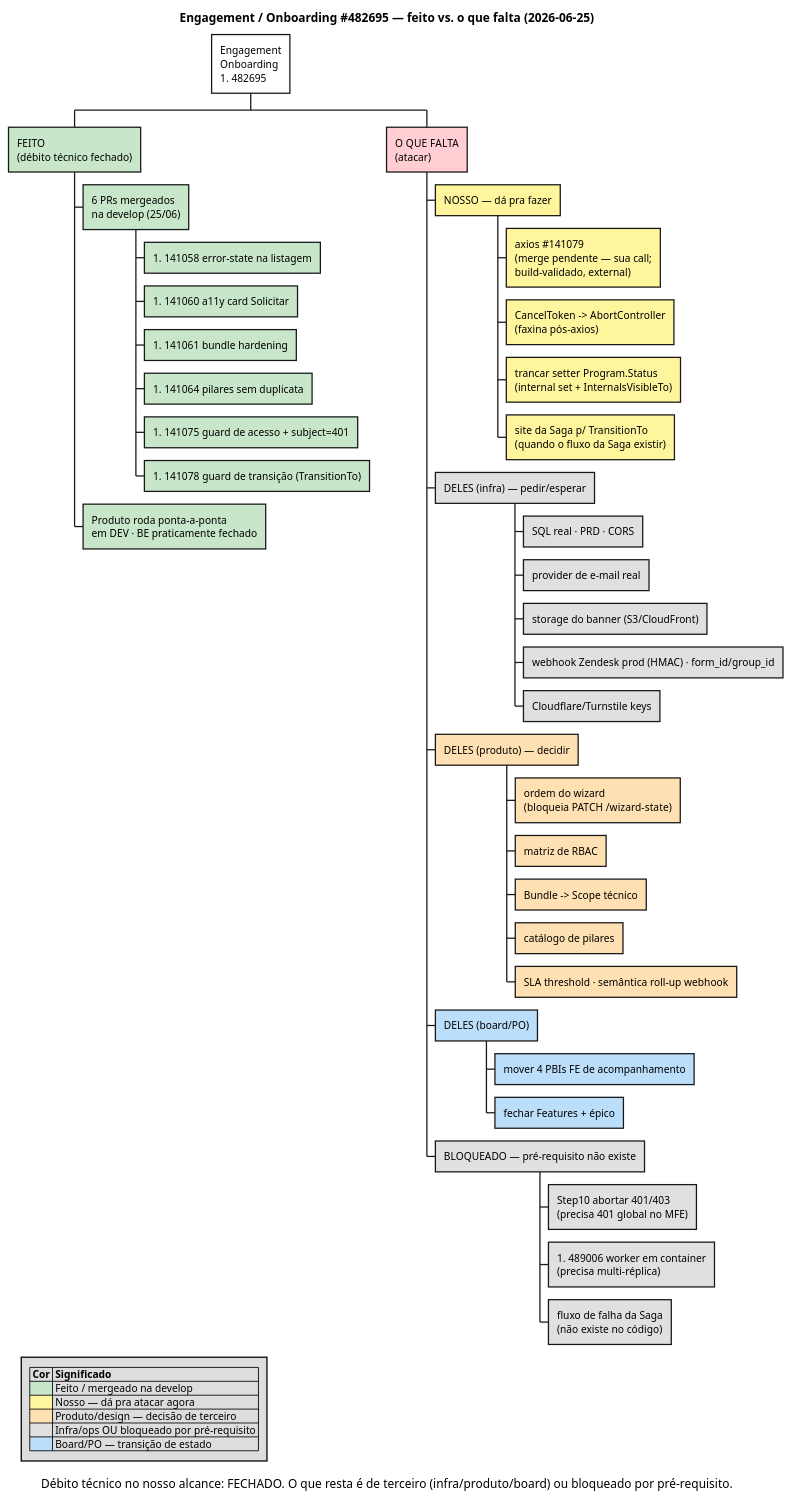
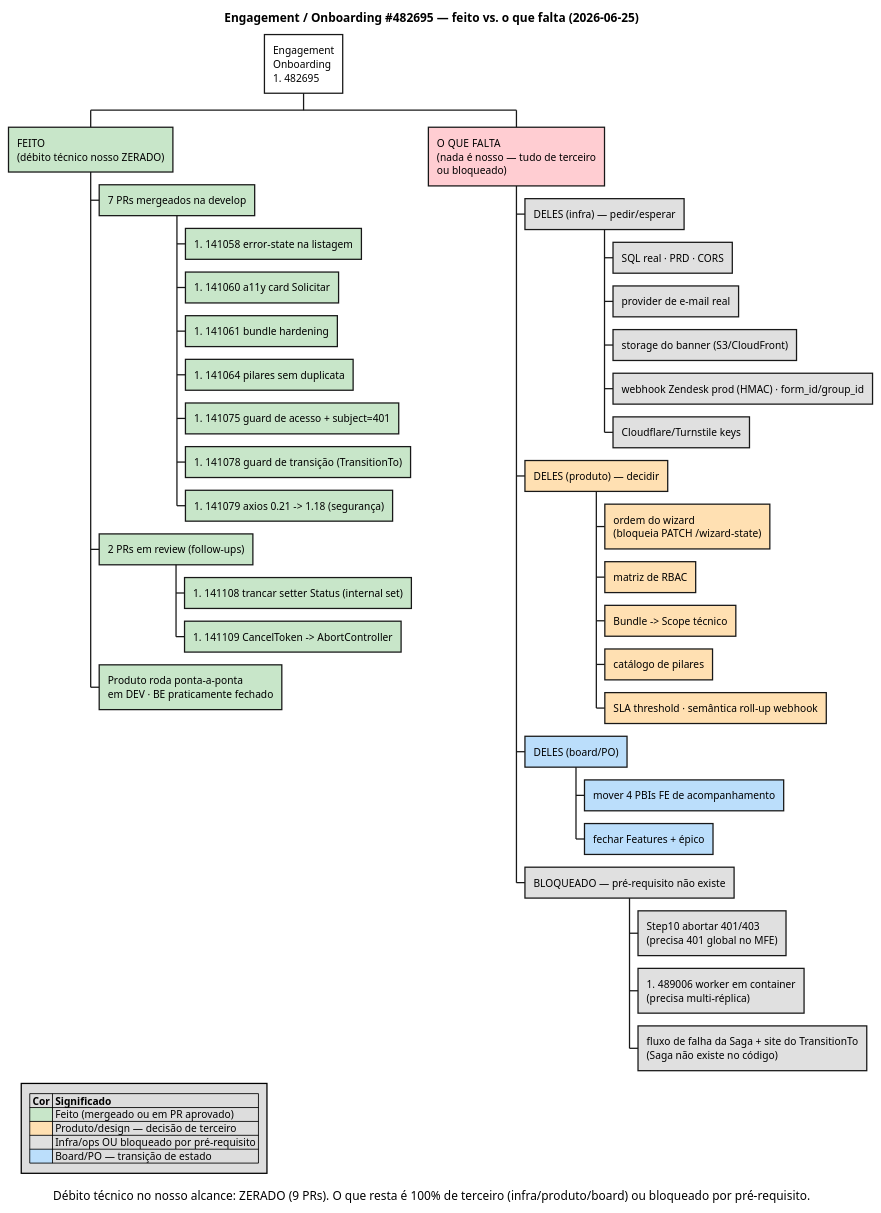
Before and after one commit to campoos/Fixa: the diagram in docs/onboarding/mapa/mapa-geral.puml, drawn with PlantUML. The commit also changed 2 other files, not shown here.

Commit message:
docs(onboarding): débito técnico nosso ZERADO — fecha setter lock (#141108) + AbortController (#141109)

```diff
--- a/docs/onboarding/mapa/mapa-geral.puml
+++ b/docs/onboarding/mapa/mapa-geral.puml
@@ -1,64 +1,61 @@
 @startwbs mapa-geral
 ' Mapa GERAL do Onboarding (Épico #482695) — FEITO vs. O QUE FALTA
-' Atualizado 2026-06-25 após fechar o débito técnico no nosso alcance (6 PRs mergeados).
-' Cor: verde=feito · amarelo=nosso/atacável · laranja=produto · cinza=infra/bloqueado · azul=board
+' Atualizado 2026-06-25: débito técnico NO NOSSO ALCANCE = ZERADO (9 PRs).
+' Cor: verde=feito · laranja=produto · cinza=infra/bloqueado · azul=board
 
 title Engagement / Onboarding #482695 — feito vs. o que falta (2026-06-25)
 
-caption Débito técnico no nosso alcance: FECHADO. O que resta é de terceiro (infra/produto/board) ou bloqueado por pré-requisito.
+caption Débito técnico no nosso alcance: ZERADO (9 PRs). O que resta é 100% de terceiro (infra/produto/board) ou bloqueado por pré-requisito.
 
 legend bottom left
 |= Cor |= Significado |
-|<#C8E6C9>   | Feito / mergeado na develop |
-|<#FFF59D>   | Nosso — dá pra atacar agora |
+|<#C8E6C9>   | Feito (mergeado ou em PR aprovado) |
 |<#FFE0B2>   | Produto/design — decisão de terceiro |
 |<#E0E0E0>   | Infra/ops OU bloqueado por pré-requisito |
 |<#BBDEFB>   | Board/PO — transição de estado |
 endlegend
 
 *[#FFFFFF] Engagement\nOnboarding\n#482695
 
 ' ===================== FEITO =====================
-**[#C8E6C9] FEITO\n(débito técnico fechado)
-***[#C8E6C9] 6 PRs mergeados\nna develop (25/06)
+**[#C8E6C9] FEITO\n(débito técnico nosso ZERADO)
+***[#C8E6C9] 7 PRs mergeados na develop
 ****[#C8E6C9] #141058 error-state na listagem
 ****[#C8E6C9] #141060 a11y card Solicitar
 ****[#C8E6C9] #141061 bundle hardening
 ****[#C8E6C9] #141064 pilares sem duplicata
 ****[#C8E6C9] #141075 guard de acesso + subject=401
 ****[#C8E6C9] #141078 guard de transição (TransitionTo)
+****[#C8E6C9] #141079 axios 0.21 -> 1.18 (segurança)
+***[#C8E6C9] 2 PRs em review (follow-ups)
+****[#C8E6C9] #141108 trancar setter Status (internal set)
+****[#C8E6C9] #141109 CancelToken -> AbortController
 ***[#C8E6C9] Produto roda ponta-a-ponta\nem DEV · BE praticamente fechado
 
 ' ===================== O QUE FALTA =====================
-**[#FFCDD2] O QUE FALTA\n(atacar)
-
-***[#FFF59D] NOSSO — dá pra fazer
-****[#FFF59D] axios #141079\n(merge pendente — sua call;\nbuild-validado, external)
-****[#FFF59D] CancelToken -> AbortController\n(faxina pós-axios)
-****[#FFF59D] trancar setter Program.Status\n(internal set + InternalsVisibleTo)
-****[#FFF59D] site da Saga p/ TransitionTo\n(quando o fluxo da Saga existir)
+**[#FFCDD2] O QUE FALTA\n(nada é nosso — tudo de terceiro\nou bloqueado)
 
 ***[#E0E0E0] DELES (infra) — pedir/esperar
 ****[#E0E0E0] SQL real · PRD · CORS
 ****[#E0E0E0] provider de e-mail real
 ****[#E0E0E0] storage do banner (S3/CloudFront)
 ****[#E0E0E0] webhook Zendesk prod (HMAC) · form_id/group_id
 ****[#E0E0E0] Cloudflare/Turnstile keys
 
 ***[#FFE0B2] DELES (produto) — decidir
 ****[#FFE0B2] ordem do wizard\n(bloqueia PATCH /wizard-state)
 ****[#FFE0B2] matriz de RBAC
 ****[#FFE0B2] Bundle -> Scope técnico
 ****[#FFE0B2] catálogo de pilares
 ****[#FFE0B2] SLA threshold · semântica roll-up webhook
 
 ***[#BBDEFB] DELES (board/PO)
 ****[#BBDEFB] mover 4 PBIs FE de acompanhamento
 ****[#BBDEFB] fechar Features + épico
 
 ***[#E0E0E0] BLOQUEADO — pré-requisito não existe
 ****[#E0E0E0] Step10 abortar 401/403\n(precisa 401 global no MFE)
 ****[#E0E0E0] #489006 worker em container\n(precisa multi-réplica)
-****[#E0E0E0] fluxo de falha da Saga\n(não existe no código)
+****[#E0E0E0] fluxo de falha da Saga + site do TransitionTo\n(Saga não existe no código)
 
 @endwbs
```
